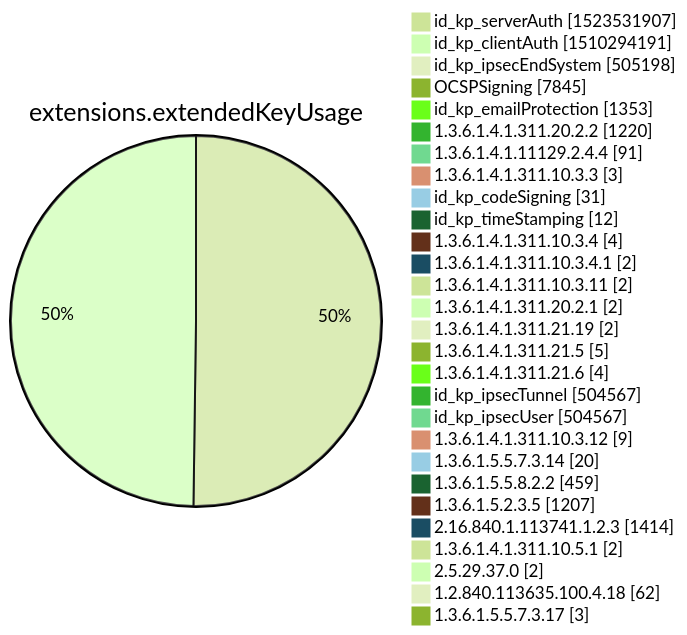
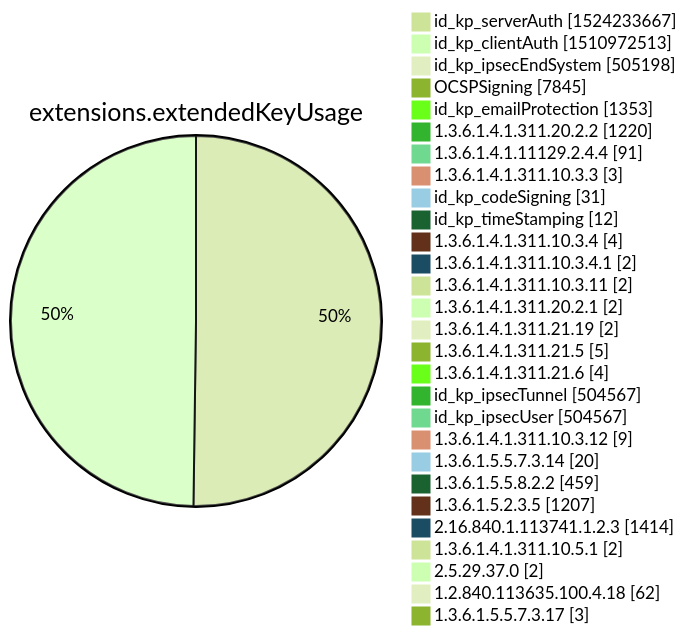
Before and after one commit to christiankrug/ctmonitor_visualization: diagram 12 of 15 in xenon2022/README.md, drawn with Mermaid (forest theme). The commit also changed other lines of this file, not shown here.

````diff
--- a/xenon2022/README.md
+++ b/xenon2022/README.md
@@ -3877,32 +3877,32 @@
 ```mermaid
 pie showData
 title extensions.extendedKeyUsage
-"id_kp_serverAuth" :1523531907
-"id_kp_clientAuth" :1510294191
+"id_kp_serverAuth" :1524233667
+"id_kp_clientAuth" :1510972513
 "id_kp_ipsecEndSystem" :505198
 "OCSPSigning" :7845
 "id_kp_emailProtection" :1353
 "1.3.6.1.4.1.311.20.2.2" :1220
 "1.3.6.1.4.1.11129.2.4.4" :91
 "1.3.6.1.4.1.311.10.3.3" :3
 "id_kp_codeSigning" :31
 "id_kp_timeStamping" :12
 "1.3.6.1.4.1.311.10.3.4" :4
 "1.3.6.1.4.1.311.10.3.4.1" :2
 "1.3.6.1.4.1.311.10.3.11" :2
 "1.3.6.1.4.1.311.20.2.1" :2
 "1.3.6.1.4.1.311.21.19" :2
 "1.3.6.1.4.1.311.21.5" :5
 "1.3.6.1.4.1.311.21.6" :4
 "id_kp_ipsecTunnel" :504567
 "id_kp_ipsecUser" :504567
 "1.3.6.1.4.1.311.10.3.12" :9
 "1.3.6.1.5.5.7.3.14" :20
 "1.3.6.1.5.5.8.2.2" :459
 "1.3.6.1.5.2.3.5" :1207
 "2.16.840.1.113741.1.2.3" :1414
 "1.3.6.1.4.1.311.10.5.1" :2
 "2.5.29.37.0" :2
 "1.2.840.113635.100.4.18" :62
 "1.3.6.1.5.5.7.3.17" :3
 ```
````
